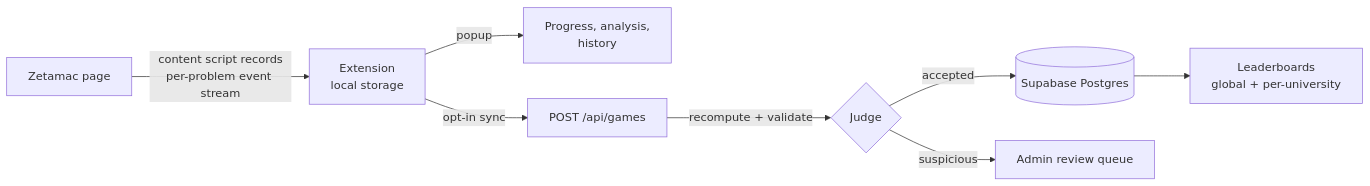
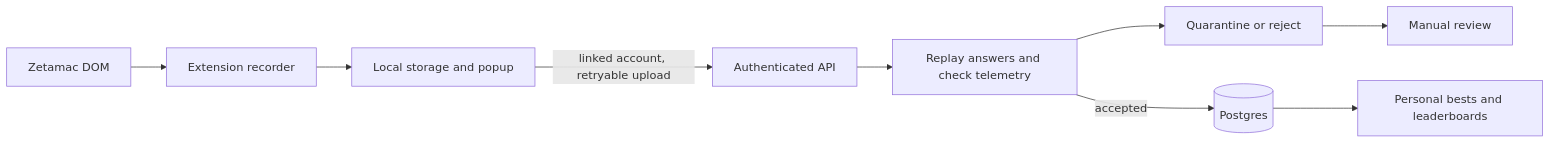
The diagram in README.md (TahaKhanM/zetalog), drawn with Mermaid before and after one commit. The commit also changed other lines of this file and 2 other files, not shown here.

First line of the commit message:
Quarantine anomalous game streams before they can rank

````diff
--- a/README.md
+++ b/README.md
@@ -38,10 +36,11 @@
 ```mermaid
 flowchart LR
-    Z[Zetamac page] -->|content script records\nper-problem event stream| E[Extension\nlocal storage]
-    E -->|popup| G[Progress, analysis,\nhistory]
-    E -->|opt-in sync| A[POST /api/games]
-    A -->|recompute + validate| V{Judge}
-    V -->|accepted| D[(Supabase Postgres)]
-    V -->|suspicious| Q[Admin review queue]
-    D --> L[Leaderboards\nglobal + per-university]
+    Z[Zetamac DOM] --> R[Extension recorder]
+    R --> L[Local storage and popup]
+    L -->|linked account, retryable upload| A[Authenticated API]
+    A --> S[Replay answers and check telemetry]
+    S --> Q[Quarantine or reject]
+    S -->|accepted| D[(Postgres)]
+    D --> B[Personal bests and leaderboards]
+    Q --> M[Manual review]
 ```
````
